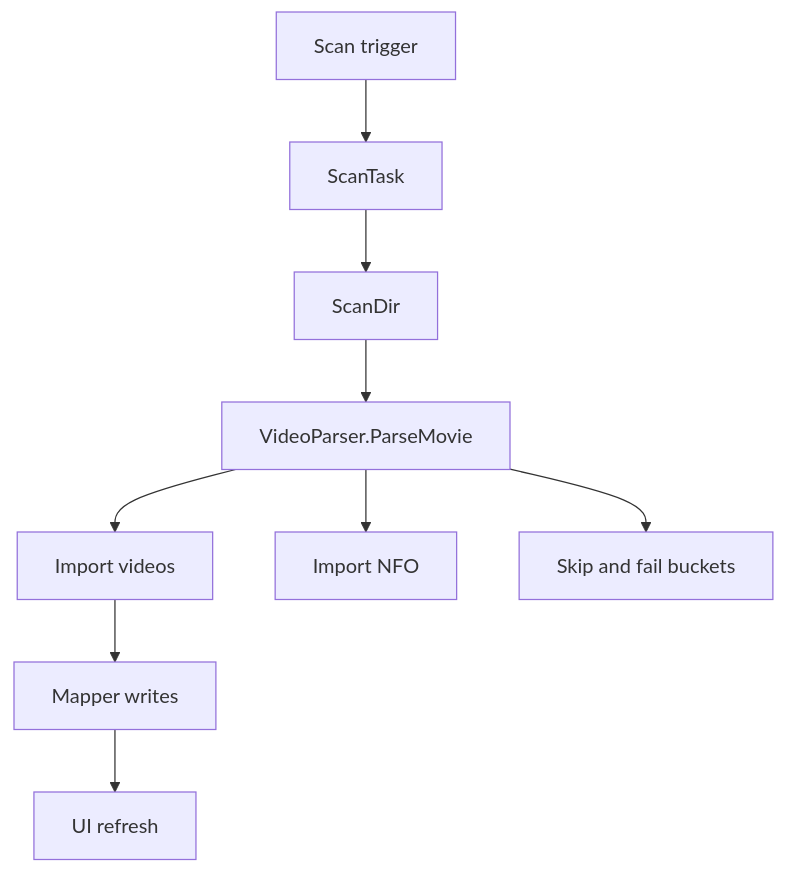
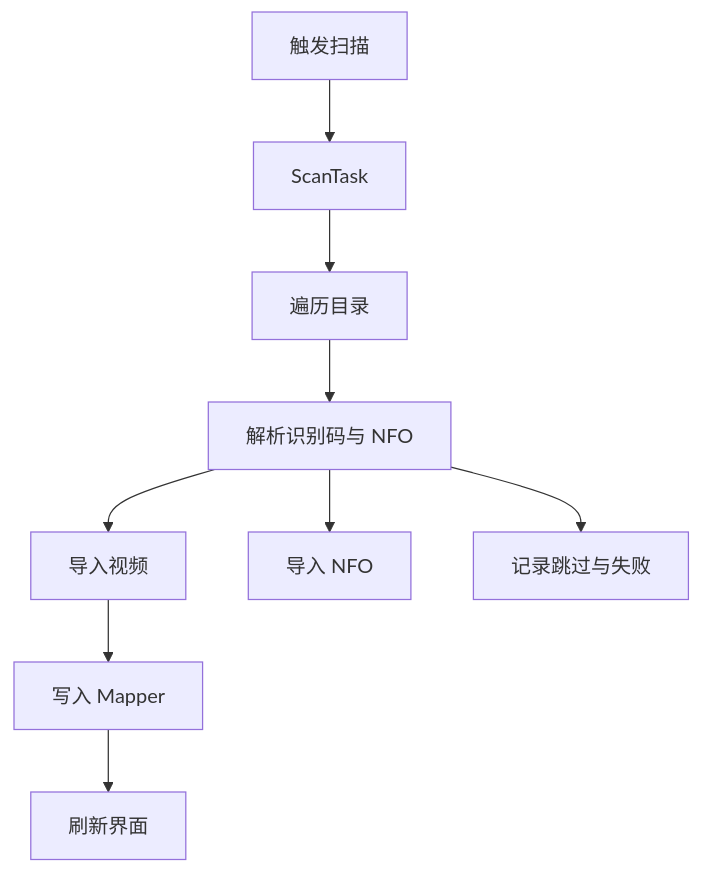
One commit to spartawhy117/Jvedio changed the diagram in doc/assets/diagrams/scan-flow.mmd. Above: the diagram before and after it, drawn with Mermaid. The commit also changed 27 other files, not shown here.

```diff
--- a/doc/assets/diagrams/scan-flow.mmd
+++ b/doc/assets/diagrams/scan-flow.mmd
@@ -1,9 +1,9 @@
 flowchart TD
-    A[Scan trigger] --> B[ScanTask]
-    B --> C[ScanDir]
-    C --> D[VideoParser.ParseMovie]
-    D --> E[Import videos]
-    D --> F[Import NFO]
-    D --> G[Skip and fail buckets]
-    E --> H[Mapper writes]
-    H --> I[UI refresh]
+    A[触发扫描] --> B[ScanTask]
+    B --> C[遍历目录]
+    C --> D[解析识别码与 NFO]
+    D --> E[导入视频]
+    D --> F[导入 NFO]
+    D --> G[记录跳过与失败]
+    E --> H[写入 Mapper]
+    H --> I[刷新界面]
```
